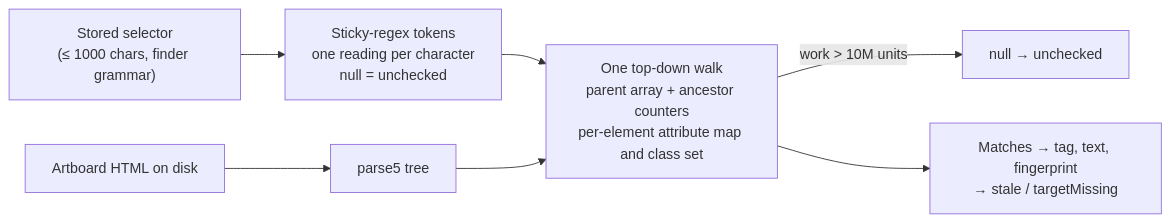
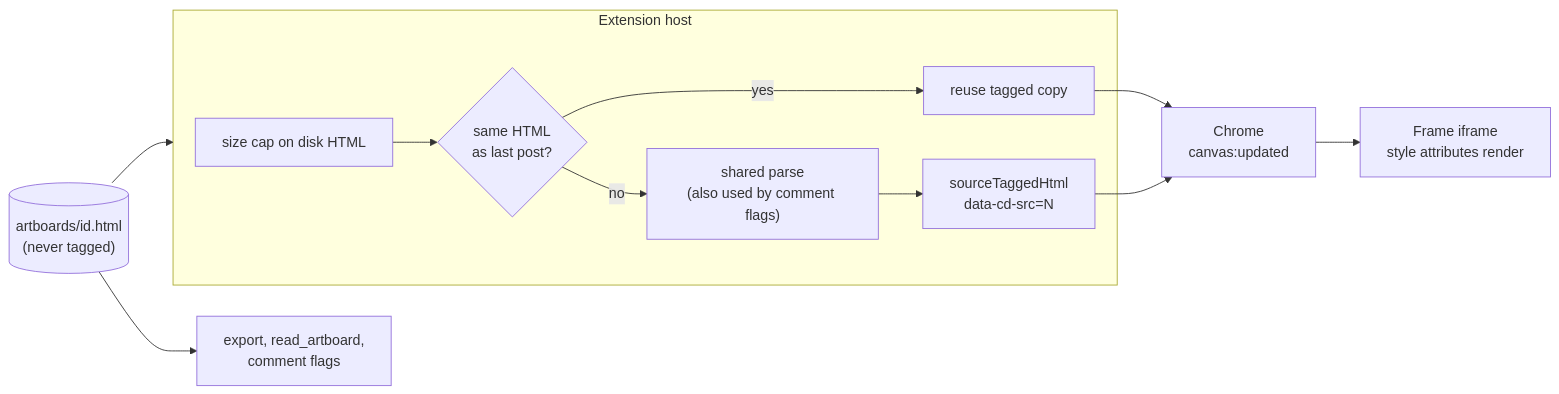
The first of 2 diagrams in blueprint/context/current-feature-overview.md (MarekBombera/cursor-design-extension), drawn with Mermaid before and after one commit. The commit also changed other lines of this file and 31 other files, not shown here.

First line of the commit message:
feat: 9a source tags in the frame copy and inline-style CSP

````diff
--- a/blueprint/context/current-feature-overview.md
+++ b/blueprint/context/current-feature-overview.md
@@ -15,9 +16,13 @@
 ```mermaid
 flowchart LR
-  Sel["Stored selector<br/>(≤ 1000 chars, finder grammar)"] --> Parse["Sticky-regex tokens<br/>one reading per character<br/>null = unchecked"]
-  File["Artboard HTML on disk"] --> Tree["parse5 tree"]
-  Parse --> Walk["One top-down walk<br/>parent array + ancestor counters<br/>per-element attribute map and class set"]
-  Tree --> Walk
-  Walk -->|"work > 10M units"| Unchecked["null → unchecked"]
-  Walk --> Flags["Matches → tag, text, fingerprint<br/>→ stale / targetMissing"]
+  Disk[("artboards/id.html<br/>(never tagged)")] --> Host
+  subgraph Host["Extension host"]
+    Cap["size cap on disk HTML"] --> Memo{"same HTML<br/>as last post?"}
+    Memo -- yes --> Reuse["reuse tagged copy"]
+    Memo -- no --> Parse["shared parse<br/>(also used by comment flags)"] --> Tag["sourceTaggedHtml<br/>data-cd-src=N"]
+  end
+  Reuse --> Chrome["Chrome<br/>canvas:updated"]
+  Tag --> Chrome
+  Chrome --> Frame["Frame iframe<br/>style attributes render"]
+  Disk --> Export["export, read_artboard,<br/>comment flags"]
 ```
````
